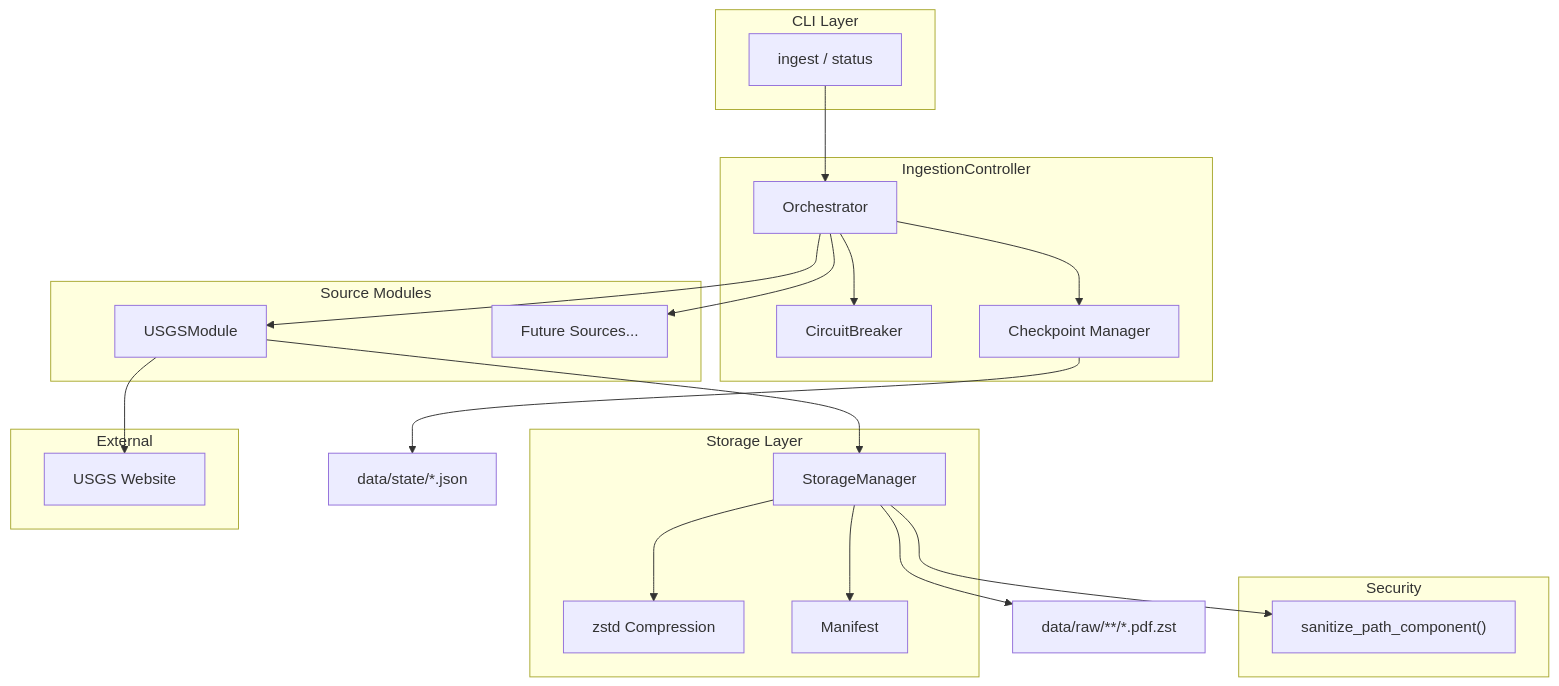
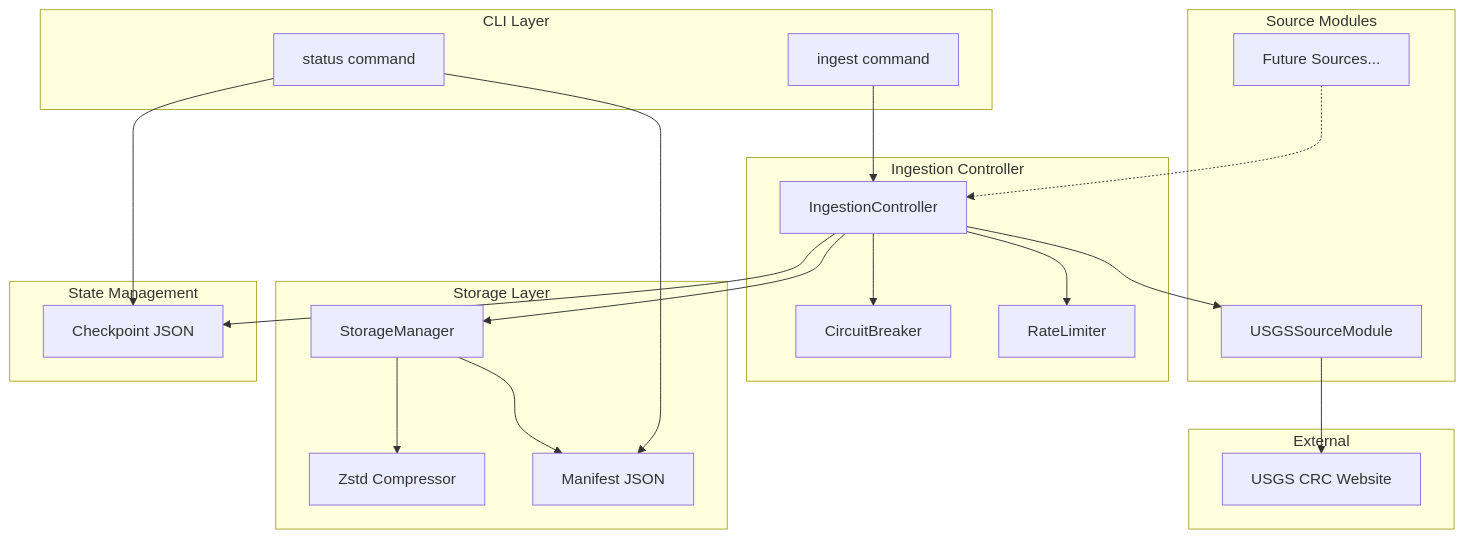
The diagram in docs/lineage/active/23-lld/003-draft.md (martymcenroe/RCA-PDF-extraction-pipeline), drawn with Mermaid before and after one commit. The commit also changed other lines of this file and 10 other files, not shown here.

````diff
--- a/docs/lineage/active/23-lld/003-draft.md
+++ b/docs/lineage/active/23-lld/003-draft.md
@@ -490,47 +408,48 @@
 ```mermaid
 flowchart TB
     subgraph CLI["CLI Layer"]
-        CMD["ingest / status"]
+        CMD[ingest command]
+        STATUS[status command]
     end
+
+    subgraph Controller["Ingestion Controller"]
+        CTRL[IngestionController]
+        CB[CircuitBreaker]
+        RL[RateLimiter]
+    end
+
+    subgraph Sources["Source Modules"]
+        USGS[USGSSourceModule]
+        FUTURE[Future Sources...]
+    end
+
+    subgraph Storage["Storage Layer"]
+        SM[StorageManager]
+        ZSTD[Zstd Compressor]
+        MANIFEST[Manifest JSON]
+    end
+
+    subgraph State["State Management"]
+        CHECKPOINT[Checkpoint JSON]
+    end
+
+    subgraph External["External"]
+        USGS_API[USGS CRC Website]
+    end
+
+    CMD --> CTRL
+    STATUS --> CHECKPOINT
+    STATUS --> MANIFEST
     
-    subgraph Controller["IngestionController"]
-        ORCH["Orchestrator"]
-        CB["CircuitBreaker"]
-        CP["Checkpoint Manager"]
-    end
+    CTRL --> CB
+    CTRL --> RL
+    CTRL --> USGS
+    CTRL --> SM
+    CTRL --> CHECKPOINT
     
-    subgraph Sources["Source Modules"]
-        USGS["USGSModule"]
-        FUTURE["Future Sources..."]
-    end
+    USGS --> USGS_API
+    FUTURE -.-> CTRL
     
-    subgraph Storage["Storage Layer"]
-        SM["StorageManager"]
-        ZSTD["zstd Compression"]
-        MAN["Manifest"]
-    end
-    
-    subgraph Security["Security"]
-        SAN["sanitize_path_component()"]
-    end
-    
-    subgraph External["External"]
-        WEB["USGS Website"]
-    end
-    
-    CMD --> ORCH
-    ORCH --> CB
-    ORCH --> CP
-    ORCH --> USGS
-    ORCH --> FUTURE
-    
-    USGS --> WEB
-    USGS --> SM
-    
-    SM --> SAN
     SM --> ZSTD
-    SM --> MAN
-    
-    CP --> STATE["data/state/*.json"]
-    SM --> RAW["data/raw/**/*.pdf.zst"]
+    SM --> MANIFEST
 ```
````
